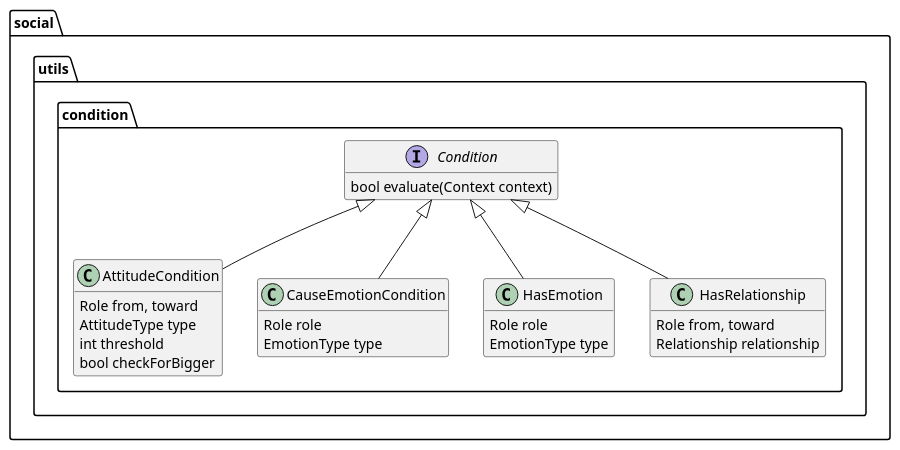
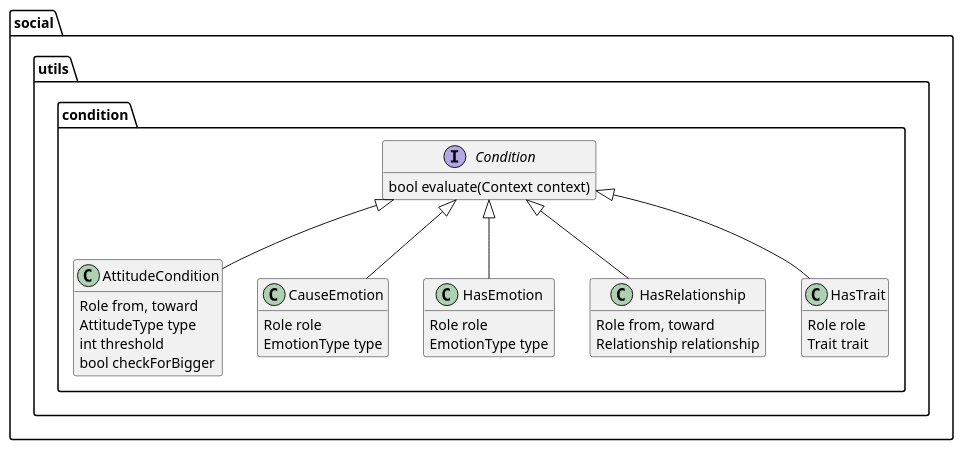
The diagram in doc/design/condition.puml (Orchaldir/SocialSimulation), drawn with PlantUML before and after one commit. The commit also changed 2 other files, not shown here.

```diff
--- a/doc/design/condition.puml
+++ b/doc/design/condition.puml
@@ -1,41 +1,47 @@
 @startuml
 
 hide empty members
 
 package social.utils.condition {
 
 interface Condition {
   bool evaluate(Context context)
 }
 
 class AttitudeCondition {
   Role from, toward
   AttitudeType type
   int threshold
   bool checkForBigger
 }
 
-class CauseEmotionCondition {
+class CauseEmotion {
   Role role
   EmotionType type
 }
 
 class HasEmotion {
   Role role
   EmotionType type
 }
 
 class HasRelationship {
   Role from, toward
   Relationship relationship
 }
 
+class HasTrait {
+  Role role
+  Trait trait
+}
+
 }
 
 Condition <|-- AttitudeCondition
-Condition <|-- CauseEmotionCondition
+Condition <|-- CauseEmotion
 Condition <|-- HasEmotion
 Condition <|-- HasRelationship
+Condition <|-- HasTrait
 
 
 @enduml
```
